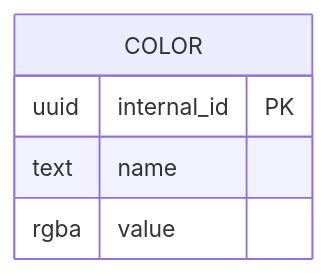
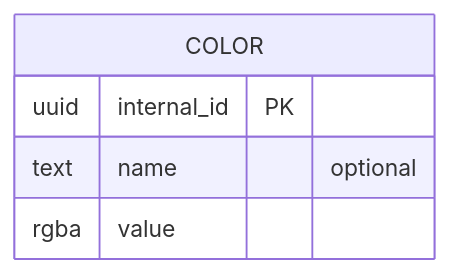
One commit to AlexandreGallais/synoptic-studio-spec changed the diagram in metadata/entities/02-color.md. Above: the diagram before and after it, drawn with Mermaid. The commit also changed other lines of this file and 3 other files, not shown here.

First line of the commit message:
docs(metadata): make the name of a color optional

````diff
--- a/metadata/entities/02-color.md
+++ b/metadata/entities/02-color.md
@@ -13,8 +14,8 @@
 ```mermaid
 erDiagram
     COLOR {
         uuid internal_id PK
-        text name
+        text name "optional"
         rgba value
     }
 ```
````
